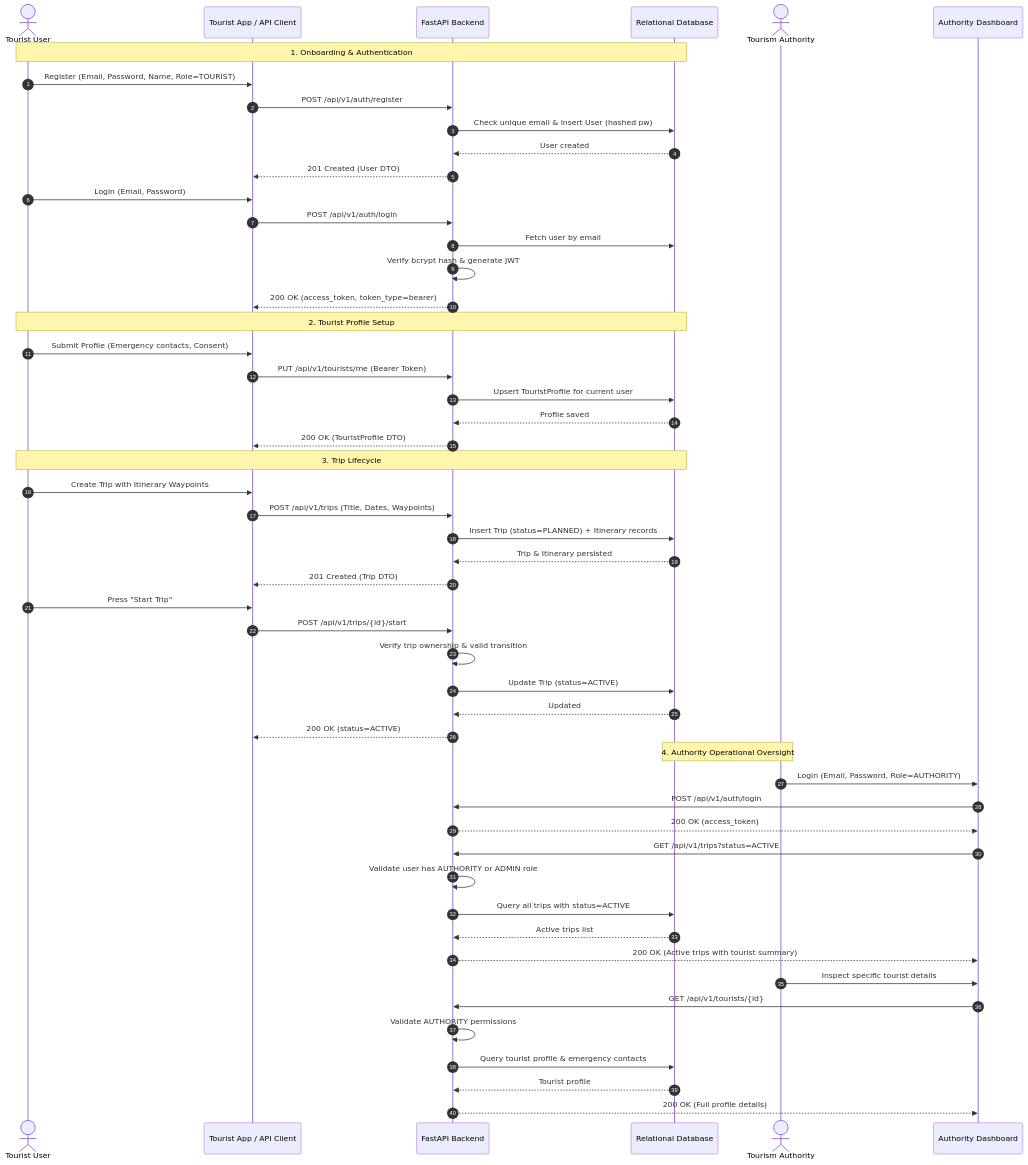
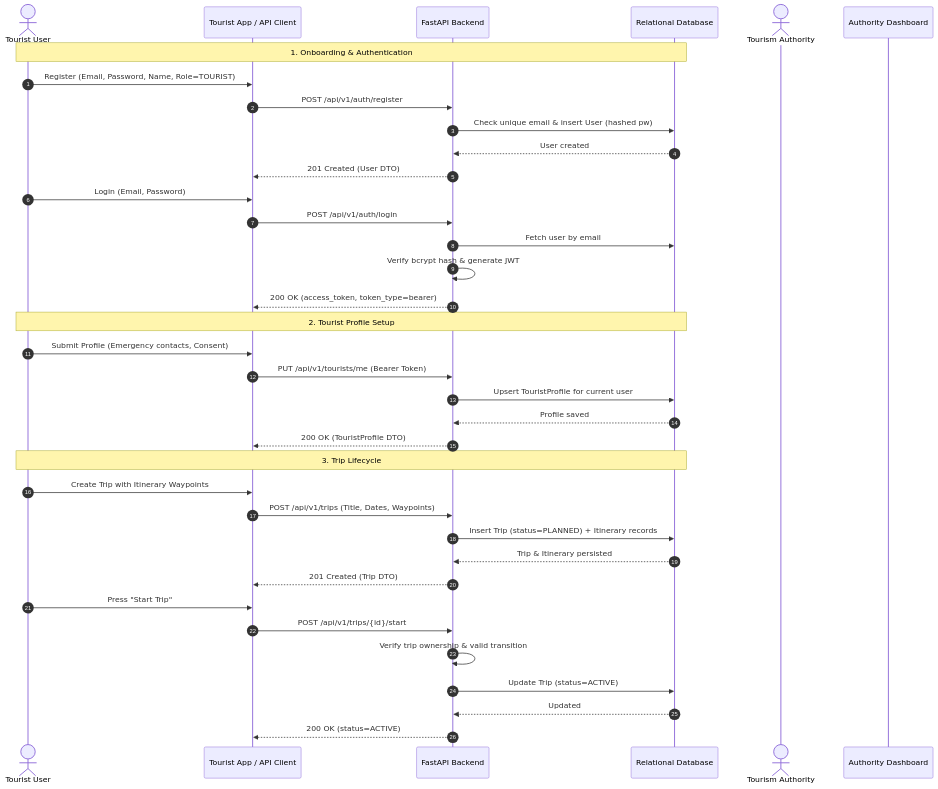
One commit to vsr-yashwanth/Kiroshi changed the first of 2 diagrams in docs/02-architecture/SYSTEM_FLOW.md. Above: the diagram before and after it, drawn with Mermaid. The commit also changed other lines of this file and 10 other files, not shown here.

Commit message:
docs(geo): document v0.2 realtime geospatial architecture and bump version

````diff
--- a/docs/02-architecture/SYSTEM_FLOW.md
+++ b/docs/02-architecture/SYSTEM_FLOW.md
@@ -11,66 +9,47 @@
 ```mermaid
 sequenceDiagram
     autonumber
     actor Tourist as Tourist User
     participant App as Tourist App / API Client
     participant Backend as FastAPI Backend
     participant DB as Relational Database
     actor Authority as Tourism Authority
     participant Dash as Authority Dashboard
 
     %% Registration & Login
     Note over Tourist, DB: 1. Onboarding & Authentication
     Tourist->>App: Register (Email, Password, Name, Role=TOURIST)
     App->>Backend: POST /api/v1/auth/register
     Backend->>DB: Check unique email & insert User (hashed pw)
     DB-->>Backend: User created
     Backend-->>App: 201 Created (User DTO)
 
     Tourist->>App: Login (Email, Password)
     App->>Backend: POST /api/v1/auth/login
     Backend->>DB: Fetch user by email
     Backend->>Backend: Verify bcrypt hash & generate JWT
     Backend-->>App: 200 OK (access_token, token_type=bearer)
 
     %% Profile Setup
     Note over Tourist, DB: 2. Tourist Profile Setup
     Tourist->>App: Submit Profile (Emergency contacts, Consent)
     App->>Backend: PUT /api/v1/tourists/me (Bearer Token)
     Backend->>DB: Upsert TouristProfile for current user
     DB-->>Backend: Profile saved
     Backend-->>App: 200 OK (TouristProfile DTO)
 
     %% Trip & Itinerary
     Note over Tourist, DB: 3. Trip Lifecycle
     Tourist->>App: Create Trip with Itinerary Waypoints
     App->>Backend: POST /api/v1/trips (Title, Dates, Waypoints)
     Backend->>DB: Insert Trip (status=PLANNED) + Itinerary records
     DB-->>Backend: Trip & Itinerary persisted
     Backend-->>App: 201 Created (Trip DTO)
 
     Tourist->>App: Press "Start Trip"
     App->>Backend: POST /api/v1/trips/{id}/start
     Backend->>Backend: Verify trip ownership & valid transition
     Backend->>DB: Update Trip (status=ACTIVE)
     DB-->>Backend: Updated
     Backend-->>App: 200 OK (status=ACTIVE)
-
-    %% Authority Inspection
-    Note over Authority, DB: 4. Authority Operational Oversight
-    Authority->>Dash: Login (Email, Password, Role=AUTHORITY)
-    Dash->>Backend: POST /api/v1/auth/login
-    Backend-->>Dash: 200 OK (access_token)
-
-    Dash->>Backend: GET /api/v1/trips?status=ACTIVE
-    Backend->>Backend: Validate user has AUTHORITY or ADMIN role
-    Backend->>DB: Query all trips with status=ACTIVE
-    DB-->>Backend: Active trips list
-    Backend-->>Dash: 200 OK (Active trips with tourist summary)
-
-    Authority->>Dash: Inspect specific tourist details
-    Dash->>Backend: GET /api/v1/tourists/{id}
-    Backend->>Backend: Validate AUTHORITY permissions
-    Backend->>DB: Query tourist profile & emergency contacts
-    DB-->>Backend: Tourist profile
-    Backend-->>Dash: 200 OK (Full profile details)
 ```
````
